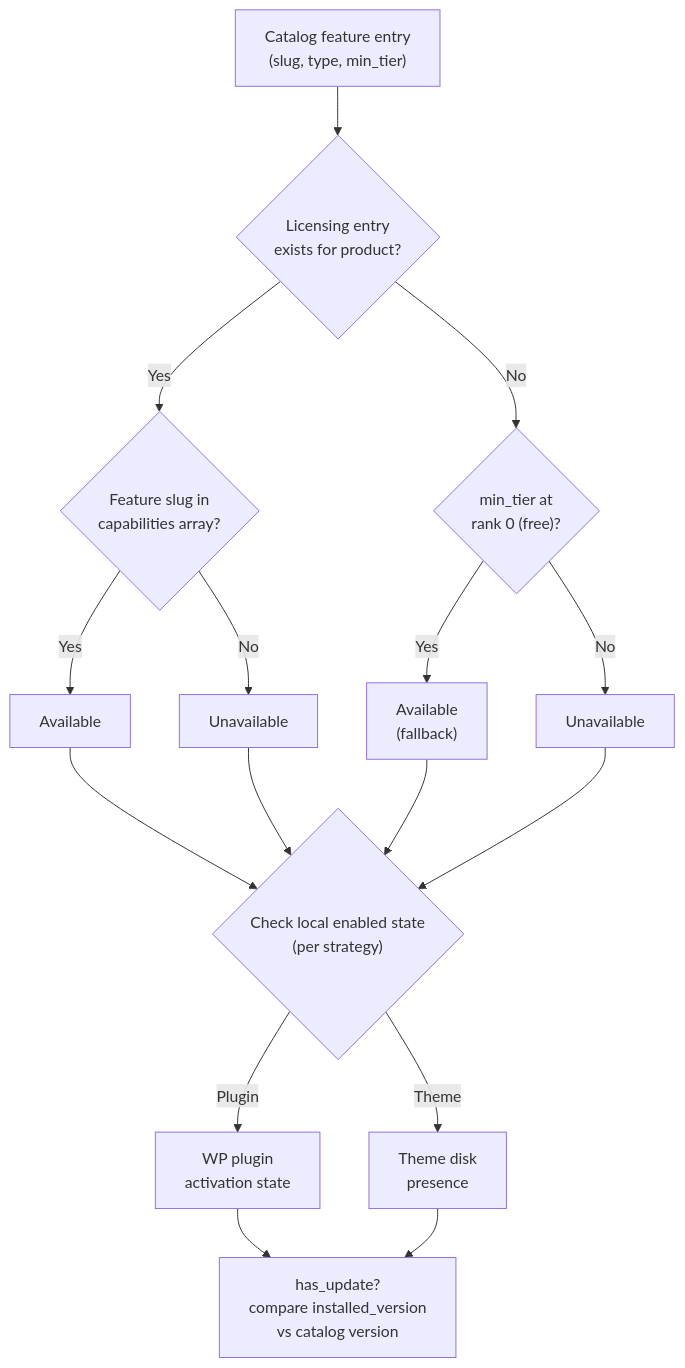
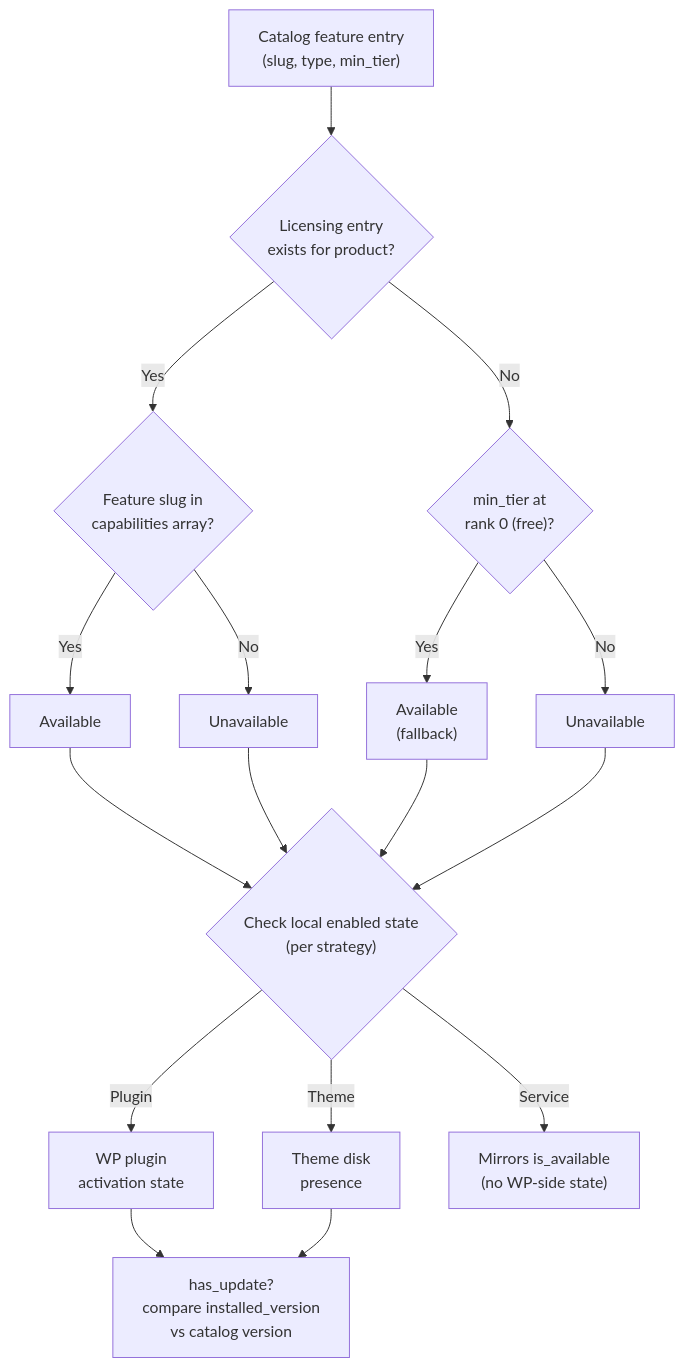
The diagram in docs/subsystems/features.md (stellarwp/harbor), drawn with Mermaid before and after one commit. The commit also changed other lines of this file and 3 other files, not shown here.

````diff
--- a/docs/subsystems/features.md
+++ b/docs/subsystems/features.md
@@ -48,27 +60,28 @@
 ```mermaid
 flowchart TD
     Start["Catalog feature entry\n(slug, type, min_tier)"]
     Start --> HasLicense{"Licensing entry\nexists for product?"}
 
     HasLicense -->|Yes| InCaps{"Feature slug in\ncapabilities array?"}
     HasLicense -->|No| FreeTier{"min_tier at\nrank 0 (free)?"}
 
     InCaps -->|Yes| Available["Available"]
     InCaps -->|No| Unavailable["Unavailable"]
 
     FreeTier -->|Yes| AvailableFallback["Available\n(fallback)"]
     FreeTier -->|No| UnavailableFallback["Unavailable"]
 
     Available --> EnabledCheck
     Unavailable --> EnabledCheck
     AvailableFallback --> EnabledCheck
     UnavailableFallback --> EnabledCheck
 
     EnabledCheck{"Check local enabled state\n(per strategy)"}
 
     EnabledCheck -->|Plugin| PluginState["WP plugin\nactivation state"]
     EnabledCheck -->|Theme| ThemeState["Theme disk\npresence"]
+    EnabledCheck -->|Service| ServiceState["Mirrors is_available\n(no WP-side state)"]
 
     PluginState --> HasUpdate["has_update?\ncompare installed_version\nvs catalog version"]
     ThemeState --> HasUpdate
 ```
````
